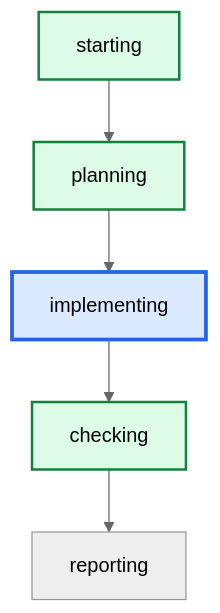
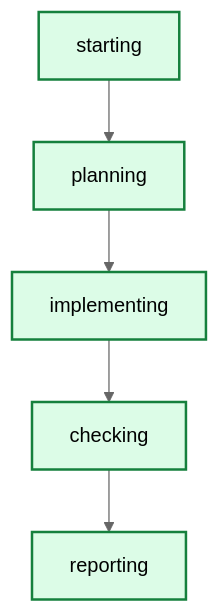
The diagram in latest/graph.mmd (daniell0gda/hermes-feature-check-dashboard), drawn with Mermaid (neutral theme) before and after one commit. The commit also changed 60 other files, not shown here.

```diff
--- a/latest/graph.mmd
+++ b/latest/graph.mmd
@@ -1,13 +1,14 @@
 graph TD
     starting --> planning
     planning --> implementing
     implementing --> checking
     checking --> reporting
 
 classDef done fill:#dcfce7,stroke:#15803d,stroke-width:2px;
 classDef active fill:#dbeafe,stroke:#2563eb,stroke-width:3px;
 classDef failed fill:#fee2e2,stroke:#b42318,stroke-width:2px;
-class implementing active;
+class implementing done;
 class checking done;
 class starting done;
+class reporting done;
 class planning done;
```
